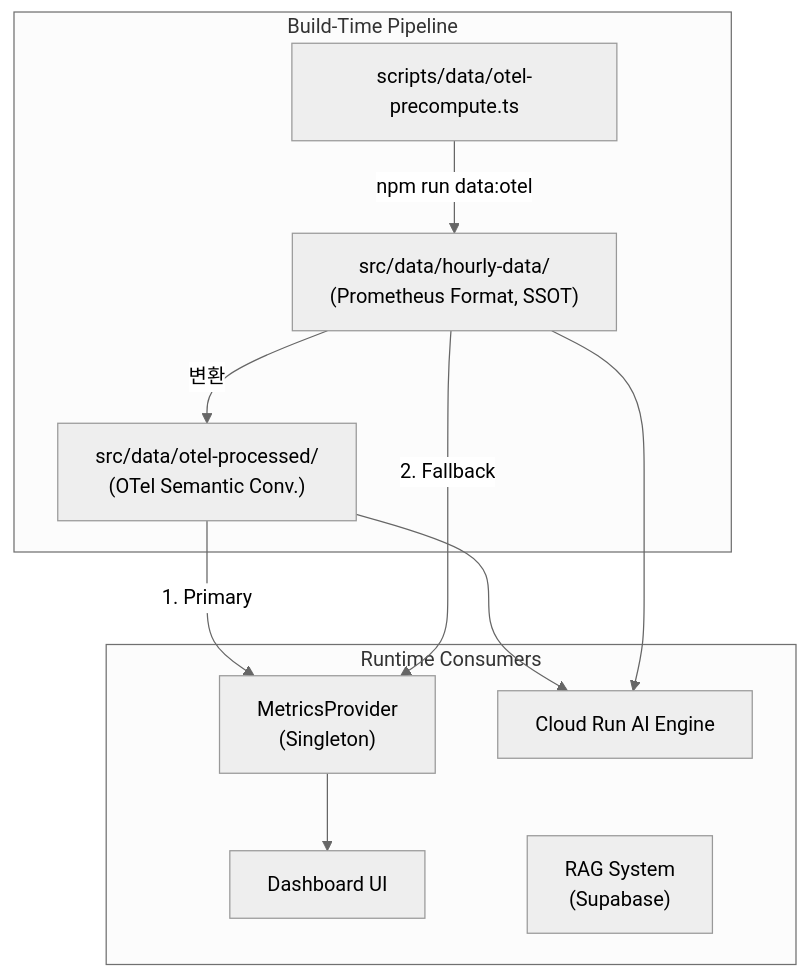
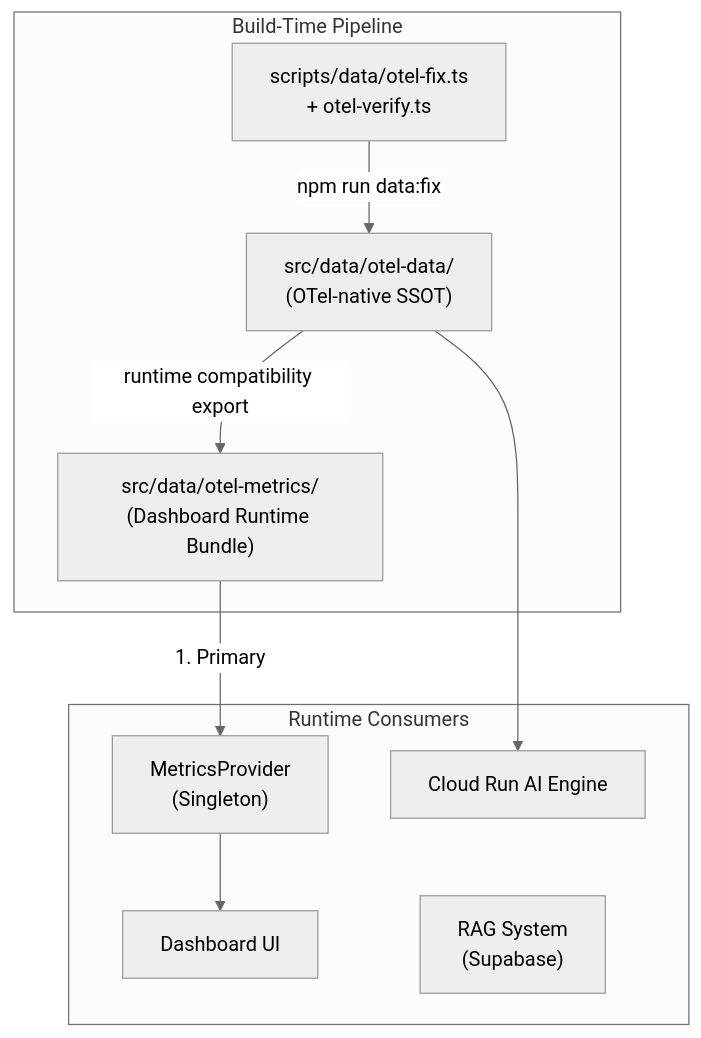
One commit to skyasu2/openmanager-ai changed the diagram in docs/reference/architecture/data/data-architecture.md. Above: the diagram before and after it, drawn with Mermaid (neutral theme). The commit also changed other lines of this file and 200 other files, not shown here.

First line of the commit message:
refactor(otel): standardize OTel metrics, AI engine agents, and UI improvements

````diff
--- a/docs/reference/architecture/data/data-architecture.md
+++ b/docs/reference/architecture/data/data-architecture.md
@@ -41,23 +41,21 @@
 ```mermaid
 graph TD
     subgraph BuildTime["Build-Time Pipeline"]
-        Script["scripts/data/otel-precompute.ts"]
-        Hourly["src/data/hourly-data/<br/>(Prometheus Format, SSOT)"]
-        OTel["src/data/otel-processed/<br/>(OTel Semantic Conv.)"]
-        Script -->|"npm run data:otel"| Hourly
-        Hourly -->|"변환"| OTel
+        Script["scripts/data/otel-fix.ts<br/>+ otel-verify.ts"]
+        OTelData["src/data/otel-data/<br/>(OTel-native SSOT)"]
+        OTelMetrics["src/data/otel-metrics/<br/>(Dashboard Runtime Bundle)"]
+        Script -->|"npm run data:fix"| OTelData
+        OTelData -->|"runtime compatibility export"| OTelMetrics
     end
 
     subgraph Runtime["Runtime Consumers"]
         MP["MetricsProvider<br/>(Singleton)"]
         Dashboard["Dashboard UI"]
         AIEngine["Cloud Run AI Engine"]
         RAG["RAG System<br/>(Supabase)"]
     end
 
-    OTel -->|"1. Primary"| MP
-    Hourly -->|"2. Fallback"| MP
+    OTelMetrics -->|"1. Primary"| MP
     MP --> Dashboard
-    OTel --> AIEngine
-    Hourly --> AIEngine
+    OTelData --> AIEngine
 ```
````
